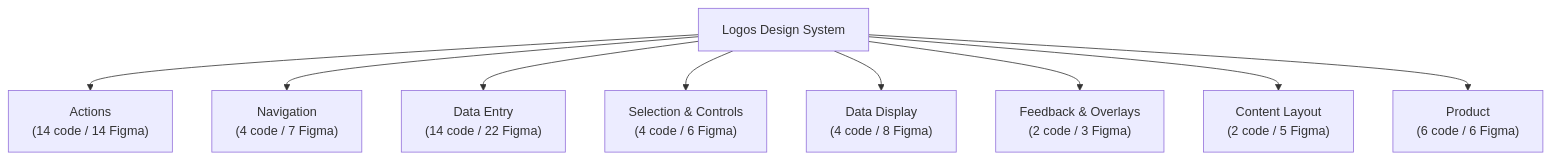
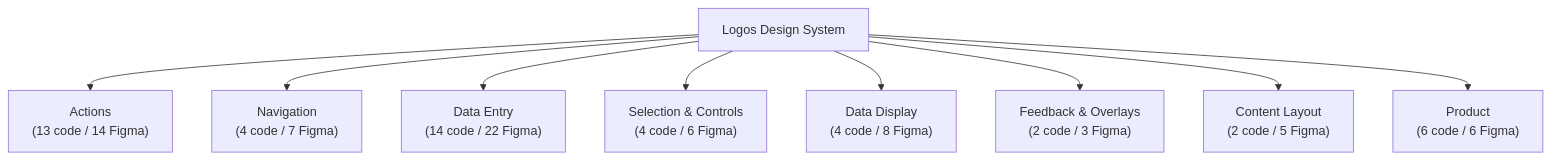
One commit to calebn/design-system-theme-evolution changed the second of 2 diagrams in inventory/docs/08-taxonomy.md. Above: the diagram before and after it, drawn with Mermaid. The commit also changed other lines of this file and 10 other files, not shown here.

Commit message:
fix(architecture): remove erroneous NavigateButton, map Next-Previous Buttons to NextPreviousButton

````diff
--- a/inventory/docs/08-taxonomy.md
+++ b/inventory/docs/08-taxonomy.md
@@ -79,12 +78,12 @@
 ```mermaid
 graph TD
   DesignSystem["Logos Design System"]
-  DesignSystem --> actions["Actions\n(14 code / 14 Figma)"]
+  DesignSystem --> actions["Actions\n(13 code / 14 Figma)"]
   DesignSystem --> navigation["Navigation\n(4 code / 7 Figma)"]
   DesignSystem --> data_entry["Data Entry\n(14 code / 22 Figma)"]
   DesignSystem --> selection["Selection & Controls\n(4 code / 6 Figma)"]
   DesignSystem --> data_display["Data Display\n(4 code / 8 Figma)"]
   DesignSystem --> feedback["Feedback & Overlays\n(2 code / 3 Figma)"]
   DesignSystem --> content_layout["Content Layout\n(2 code / 5 Figma)"]
   DesignSystem --> product["Product\n(6 code / 6 Figma)"]
 ```
````
